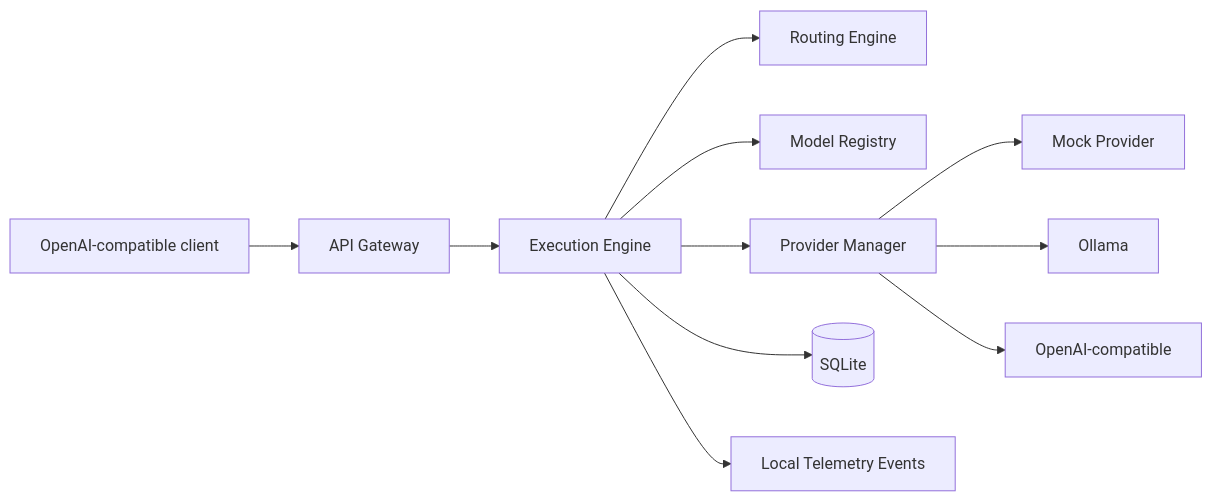
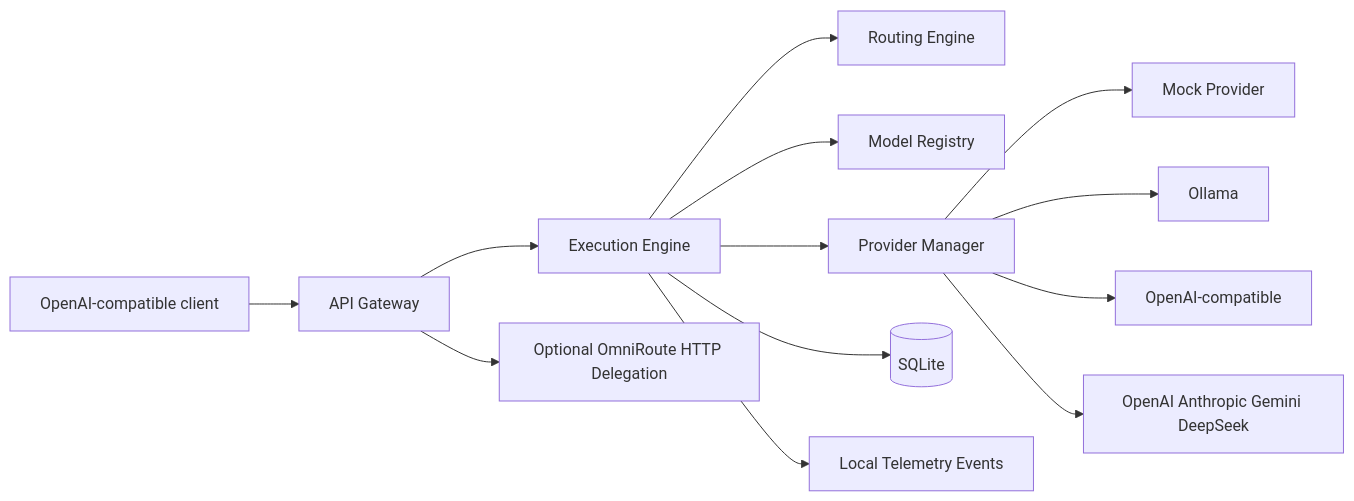
One commit to XsYc0/polymind changed the diagram in README.md. Above: the diagram before and after it, drawn with Mermaid. The commit also changed other lines of this file and 16 other files, not shown here.

````diff
--- a/README.md
+++ b/README.md
@@ -24,13 +24,15 @@
 ```mermaid
 flowchart LR
   Client[OpenAI-compatible client] --> Gateway[API Gateway]
   Gateway --> Engine[Execution Engine]
   Engine --> Router[Routing Engine]
   Engine --> Registry[Model Registry]
   Engine --> Providers[Provider Manager]
   Providers --> Mock[Mock Provider]
   Providers --> Ollama[Ollama]
   Providers --> OAI[OpenAI-compatible]
+  Providers --> Cloud[OpenAI Anthropic Gemini DeepSeek]
+  Gateway --> OmniRoute[Optional OmniRoute HTTP Delegation]
   Engine --> Store[(SQLite)]
   Engine --> Telemetry[Local Telemetry Events]
 ```
````
